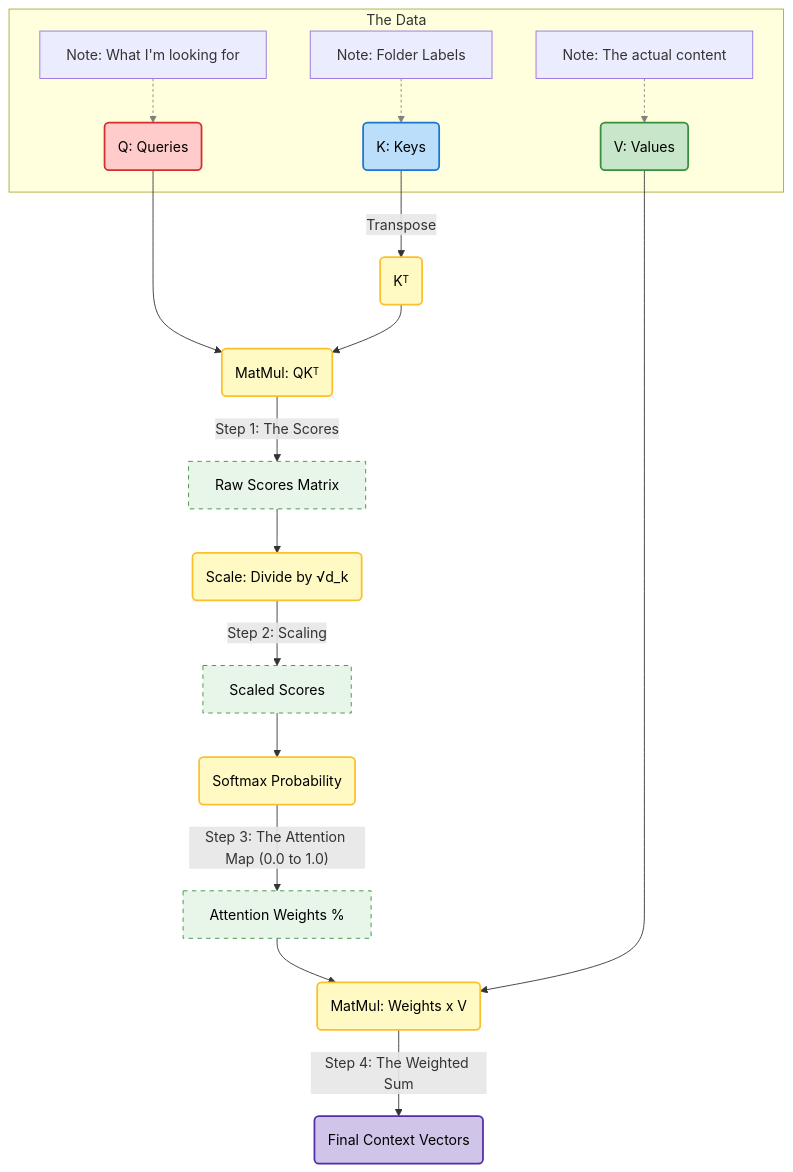
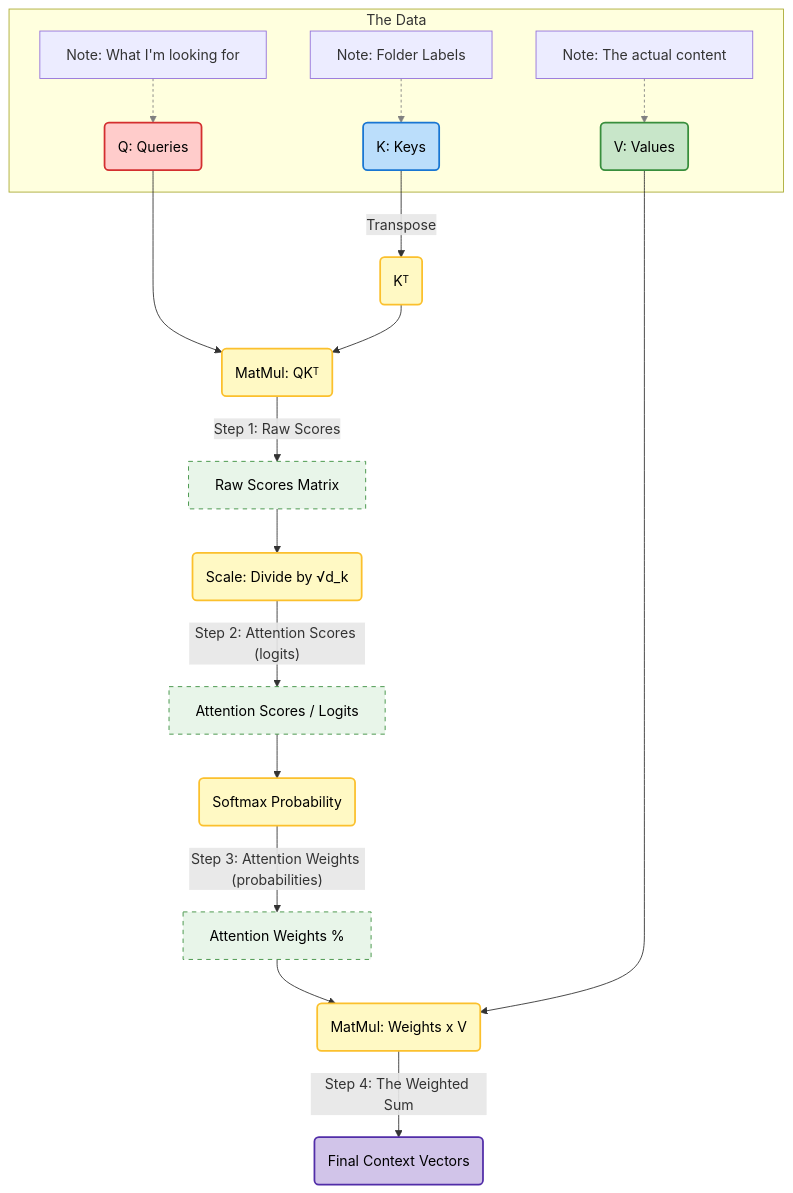
One commit to snowch/snowch.github.io changed the diagram in ai-eng/llmfs/L03_The_Attention_Mechanism.md. Above: the diagram before and after it, drawn with Mermaid. The commit also changed other lines of this file, not shown here.

Commit message:
Use consistent terminology in Mermaid and move definition earlier
Improved pedagogical flow by aligning Mermaid diagram terminology with
the formal definitions and moving the terminology box to right after
the diagram.

Mermaid changes:
- Step 1: "Raw Scores" → clearer label
- Step 2: "Scaled Scores" → "Attention Scores (logits)"
- Step 3: "Attention Map" → "Attention Weights (probabilities)"

Flow improvement:
- Moved "Terminology: Scores vs. Weights" box from after worked example
  to immediately after Mermaid diagram
- Students now see: diagram with terms → definition of terms → worked example
- Added brief reminder in worked example text instead of full duplicate box

Result: Consistent terminology throughout, better learning progression.

````diff
--- a/ai-eng/llmfs/L03_The_Attention_Mechanism.md
+++ b/ai-eng/llmfs/L03_The_Attention_Mechanism.md
@@ -484,47 +484,47 @@
 ```{mermaid}
 graph TD
     %% --- Styling ---
     classDef input fill:#e1f5fe,stroke:#0288d1,stroke-width:2px,color:black;
     classDef operation fill:#fff9c4,stroke:#fbc02d,stroke-width:2px,color:black;
     classDef intermediate fill:#e8f5e9,stroke:#388e3c,stroke-width:1px,stroke-dasharray: 5 5,color:black;
     classDef output fill:#d1c4e9,stroke:#512da8,stroke-width:2px,color:black;
 
     %% --- The Inputs ---
     subgraph INPUTS [The Data]
         %% 1. Define Notes inside so lines don't cross the Title
         noteQ[Note: What I'm looking for] -.-> Q(Q: Queries):::input
         noteK[Note: Folder Labels] -.-> K(K: Keys):::input
         noteV[Note: The actual content] -.-> V(V: Values):::input
     end
 
     %% --- Step 1: Scores ---
     K -- Transpose --> KT(Kᵀ):::operation
     Q --> MatMul1(MatMul: QKᵀ):::operation
     KT --> MatMul1
 
-    MatMul1 -- "Step 1: The Scores" --> RawScores[Raw Scores Matrix]:::intermediate
+    MatMul1 -- "Step 1: Raw Scores" --> RawScores[Raw Scores Matrix]:::intermediate
 
     %% --- Step 2: Scaling ---
     RawScores --> Scale(Scale: Divide by √d_k):::operation
-    Scale -- "Step 2: Scaling" --> ScaledScores[Scaled Scores]:::intermediate
+    Scale -- "Step 2: Attention Scores (logits)" --> ScaledScores[Attention Scores / Logits]:::intermediate
 
     %% --- Step 3: Softmax ---
     ScaledScores --> Softmax(Softmax Probability):::operation
-    Softmax -- "Step 3: The Attention Map (0.0 to 1.0)" --> AttnWeights[Attention Weights %]:::intermediate
+    Softmax -- "Step 3: Attention Weights (probabilities)" --> AttnWeights[Attention Weights %]:::intermediate
 
     %% --- Step 4: Weighted Sum ---
     AttnWeights --> MatMul2(MatMul: Weights x V):::operation
     V --> MatMul2
 
     %% --- Final Output ---
     MatMul2 -- "Step 4: The Weighted Sum" --> FinalOut(Final Context Vectors):::output
 
     %% --- Analogy Labels (Optional Helpers) ---
     style Q fill:#ffcccb,stroke:#d32f2f
     style K fill:#bbdefb,stroke:#1976d2
     style V fill:#c8e6c9,stroke:#388e3c
 
     %% --- Link Styling ---
     %% Updated indices to 0,1,2 because the Note links are now defined first (at the top)
     linkStyle 0,1,2 stroke-width:1px,fill:none,stroke:gray,stroke-dasharray: 3 3;
 ```
````
